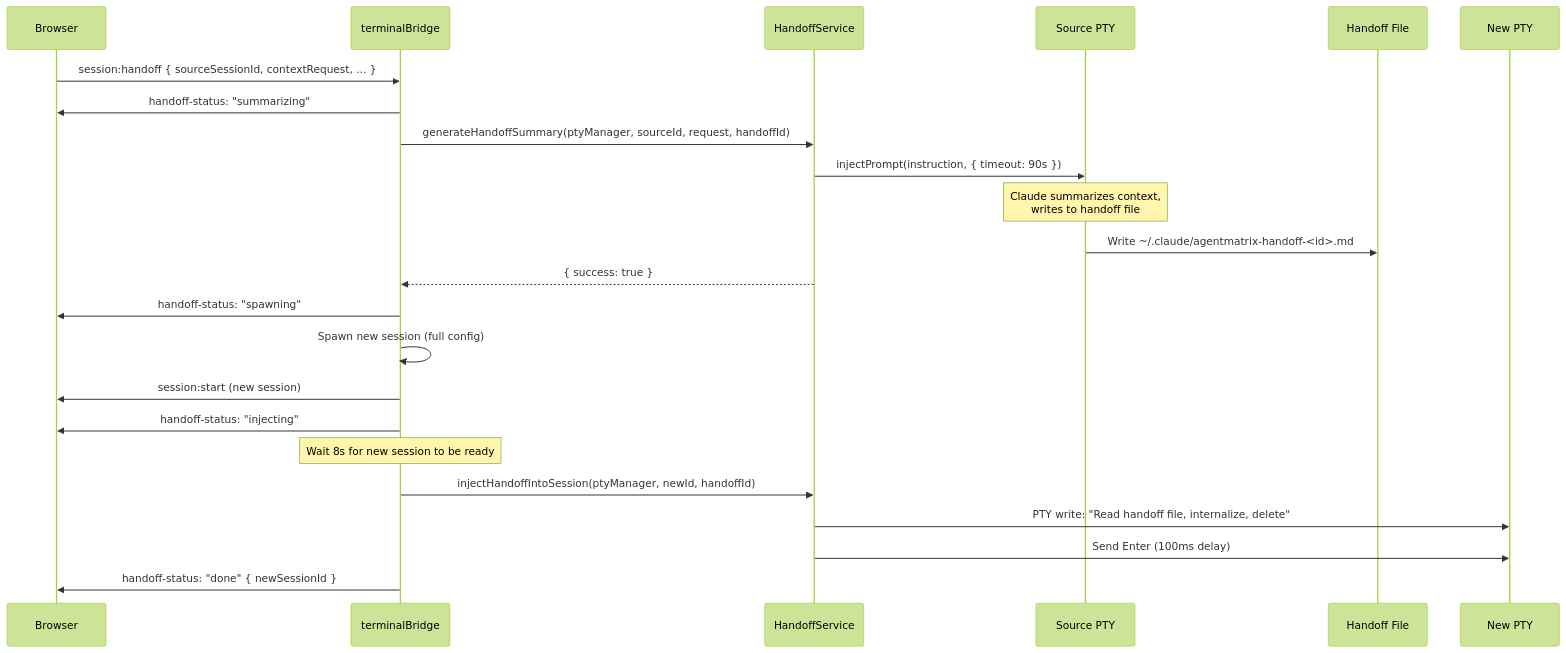
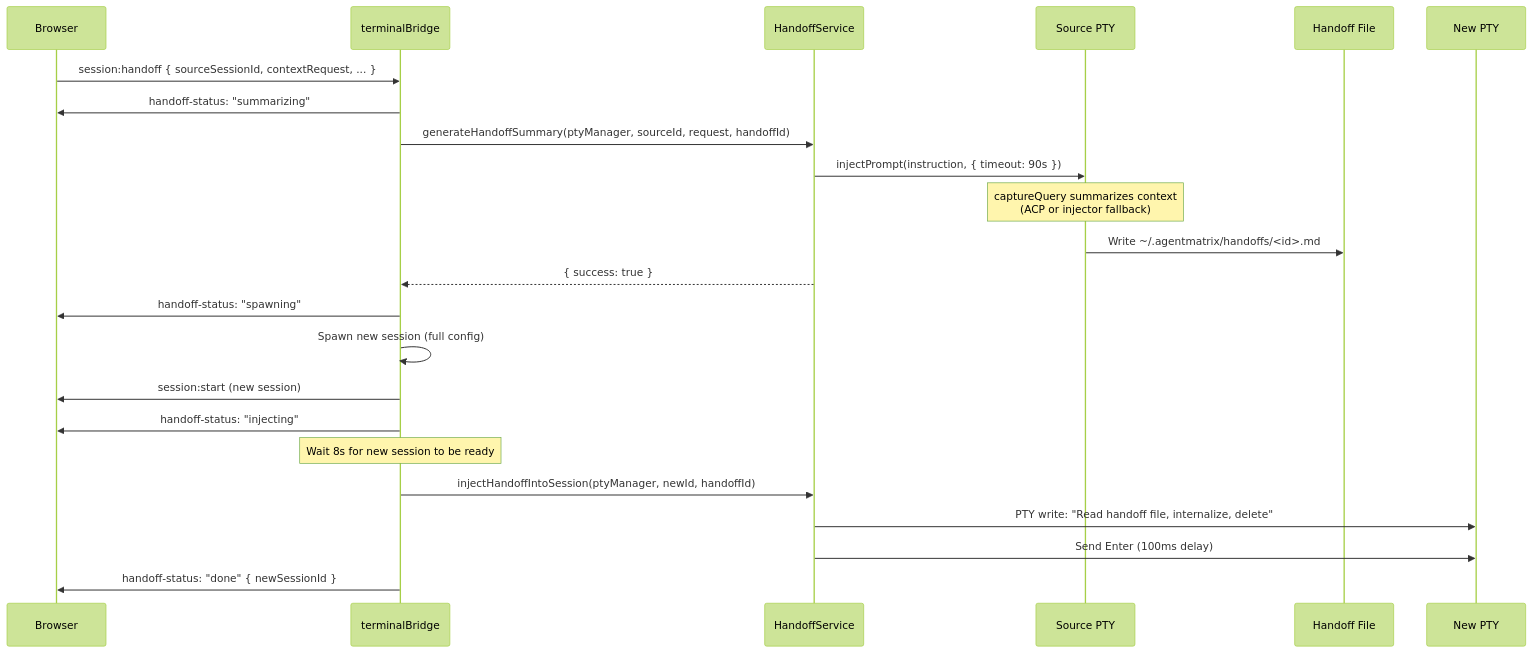
The third of 8 diagrams in docs/design/services-state.md (Nahom-Kefelegne/AgentMatrix), drawn with Mermaid (forest theme) before and after one commit. The commit also changed other lines of this file and 14 other files, not shown here.

````diff
--- a/docs/design/services-state.md
+++ b/docs/design/services-state.md
@@ -150,29 +147,29 @@
 ```mermaid
 sequenceDiagram
     participant UI as Browser
     participant Bridge as terminalBridge
     participant HS as HandoffService
     participant Src as Source PTY
     participant FS as Handoff File
     participant New as New PTY
 
     UI->>Bridge: session:handoff { sourceSessionId, contextRequest, ... }
     Bridge->>UI: handoff-status: "summarizing"
     Bridge->>HS: generateHandoffSummary(ptyManager, sourceId, request, handoffId)
     HS->>Src: injectPrompt(instruction, { timeout: 90s })
-    Note over Src: Claude summarizes context,<br/>writes to handoff file
-    Src->>FS: Write ~/.claude/agentmatrix-handoff-<id>.md
+    Note over Src: captureQuery summarizes context<br/>(ACP or injector fallback)
+    Src->>FS: Write ~/.agentmatrix/handoffs/<id>.md
     HS-->>Bridge: { success: true }
 
     Bridge->>UI: handoff-status: "spawning"
     Bridge->>Bridge: Spawn new session (full config)
     Bridge->>UI: session:start (new session)
 
     Bridge->>UI: handoff-status: "injecting"
     Note over Bridge: Wait 8s for new session to be ready
     Bridge->>HS: injectHandoffIntoSession(ptyManager, newId, handoffId)
     HS->>New: PTY write: "Read handoff file, internalize, delete"
     HS->>New: Send Enter (100ms delay)
 
     Bridge->>UI: handoff-status: "done" { newSessionId }
 ```
````
